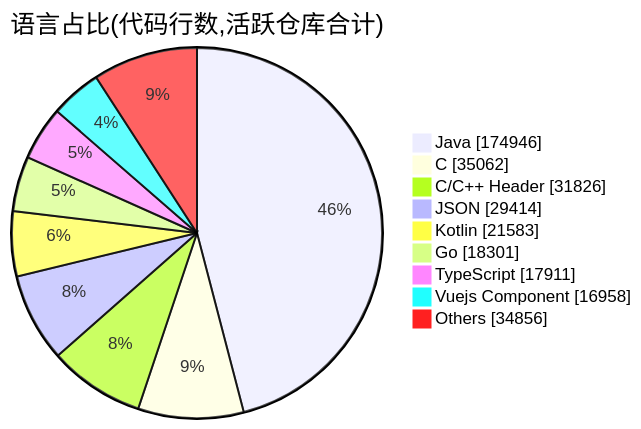
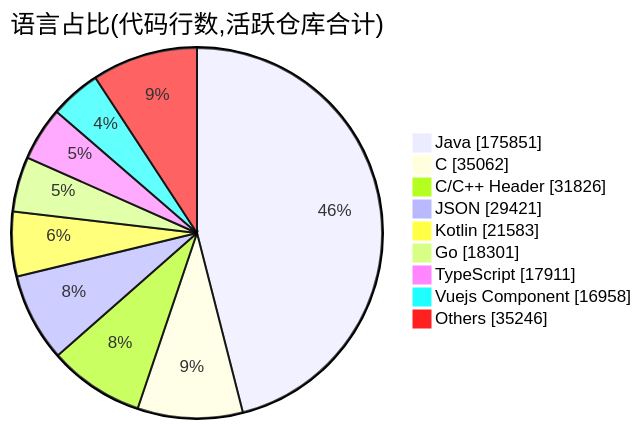
Before and after one commit to Conflux-Union/.github: the second of 2 diagrams in profile/README.md, drawn with Mermaid. The commit also changed other lines of this file and 1 other file, not shown here.

````diff
--- a/profile/README.md
+++ b/profile/README.md
@@ -80,13 +80,13 @@
 ```mermaid
 pie showData
     title 语言占比(代码行数,活跃仓库合计)
-    "Java" : 174946
+    "Java" : 175851
     "C" : 35062
     "C/C++ Header" : 31826
-    "JSON" : 29414
+    "JSON" : 29421
     "Kotlin" : 21583
     "Go" : 18301
     "TypeScript" : 17911
     "Vuejs Component" : 16958
-    "Others" : 34856
+    "Others" : 35246
 ```
````
